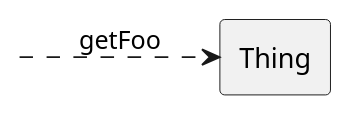
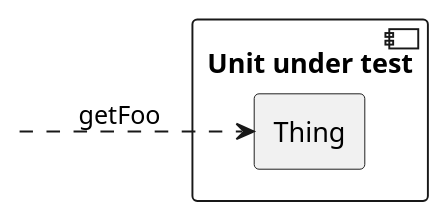
The diagram in diagrams/01-query-incoming.puml (skiffek/easy-unit-tests), drawn with PlantUML before and after one commit. The commit also changed 36 other files, not shown here.

```diff
--- a/diagrams/01-query-incoming.puml
+++ b/diagrams/01-query-incoming.puml
@@ -1,10 +1,12 @@
 @startuml communication
 skinparam linestyle ortho
 left to right direction
 
 label " " as external
-rectangle "Thing" as thing
+component "Unit under test" {
+  rectangle "Thing" as thing
+}
 
 external -[dashed]-> thing: getFoo
 
 @enduml
```
